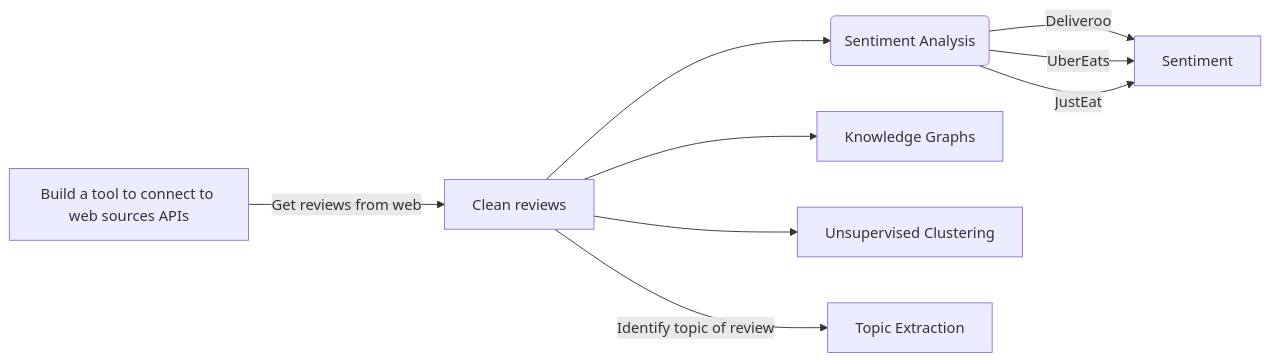
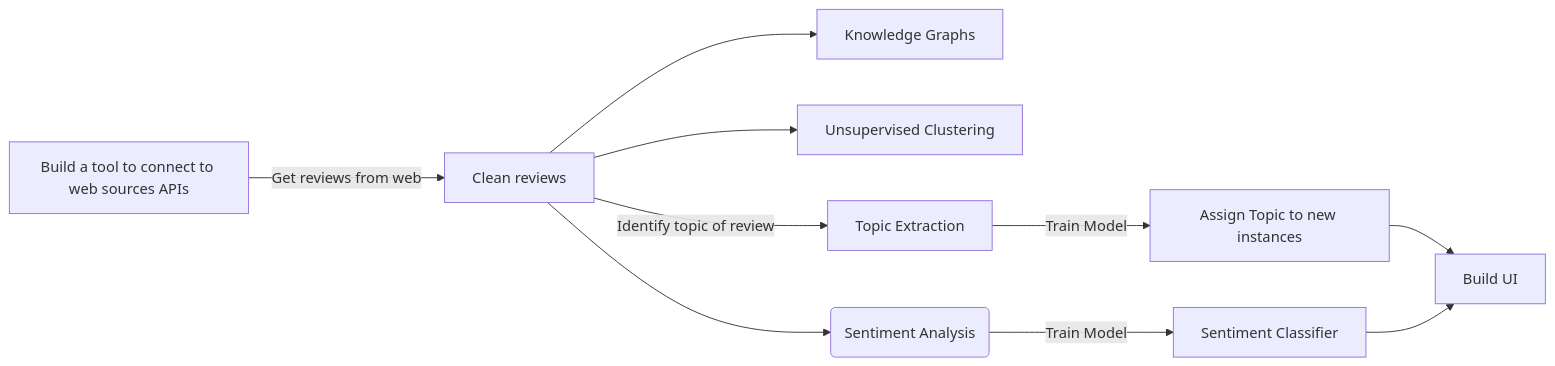
One commit to gpsyrou/Text_Analysis_of_Consumer_Reviews changed the diagram in README.md. Above: the diagram before and after it, drawn with Mermaid. The commit also changed other lines of this file, not shown here.

Commit message:
Update mermaid graph

````diff
--- a/README.md
+++ b/README.md
@@ -4,11 +4,12 @@
 ```mermaid
 graph   LR
     A[Build a tool to connect to web sources APIs] -->|Get reviews from web| B[Clean reviews]
+    B --> D[Knowledge Graphs]
+    B --> F[Unsupervised Clustering]
     B --> C(Sentiment Analysis)
-    C -->|Deliveroo| D[Sentiment]
-    C -->|UberEats| D[Sentiment]
-    C -->|JustEat| D[Sentiment]
-    B --> E[Knowledge Graphs]
-    B --> F[Unsupervised Clustering]
-    B --> |Identify topic of review| G[Topic Extraction]
+    B --> |Identify topic of review| E[Topic Extraction]
+    E -->  |Train Model| I[Assign Topic to new instances]
+    C --> |Train Model| J[Sentiment Classifier]
+    I --> K[Build UI]
+    J --> K[Build UI]
 ```
````
